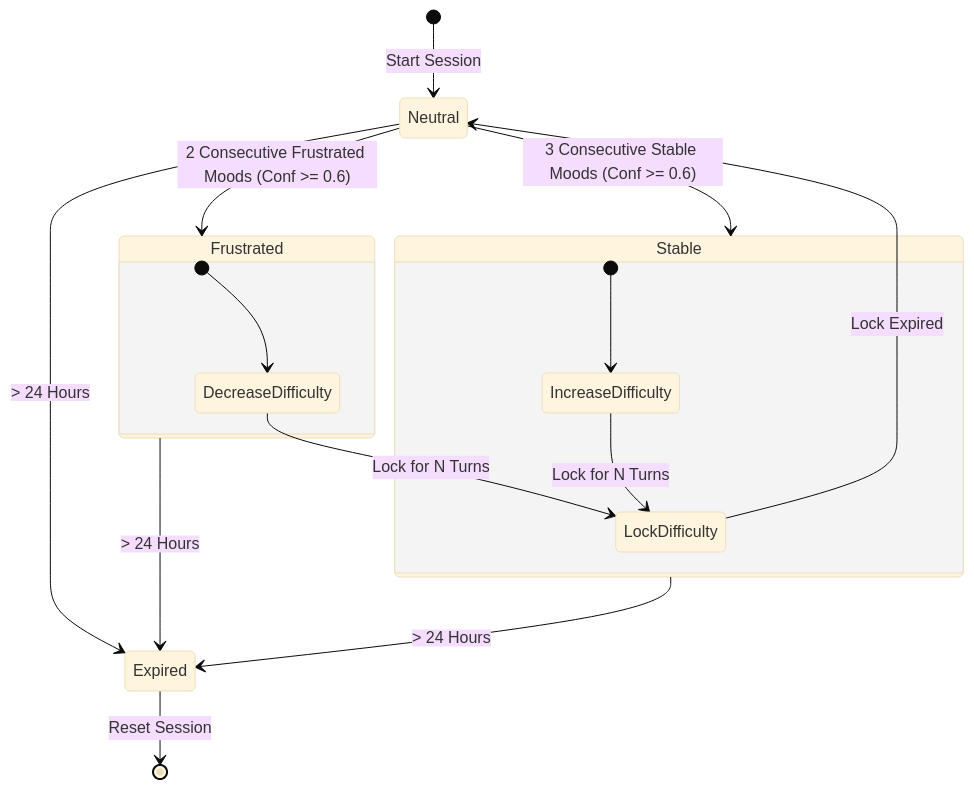
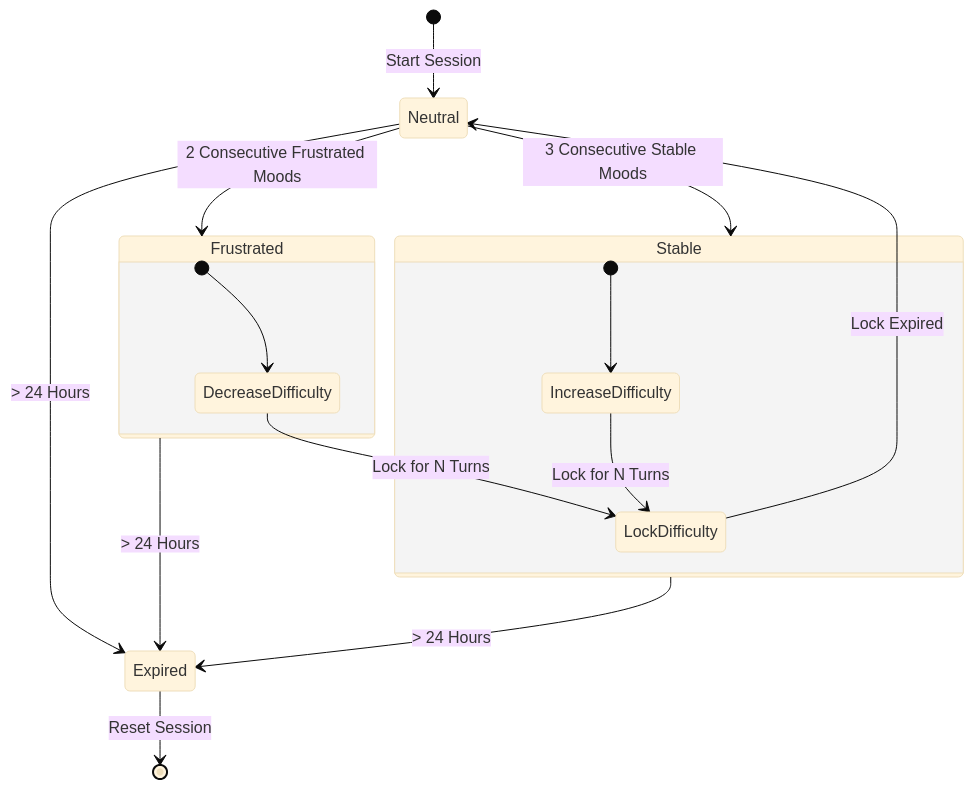
One commit to deepanmpc/LaRa changed the third of 10 diagrams in ARCHITECTURE.md. Above: the diagram before and after it, drawn with Mermaid (base theme). The commit also changed other lines of this file, not shown here.

Commit message:
refactor: simplify Mermaid diagrams by removing styling classes and cleaning up node labels

````diff
--- a/ARCHITECTURE.md
+++ b/ARCHITECTURE.md
@@ -54,25 +45,25 @@
 ```mermaid
 stateDiagram-v2
     [*] --> Neutral : Start Session
     
-    Neutral --> Frustrated : 2 Consecutive Frustrated Moods (Conf >= 0.6)
-    Neutral --> Stable : 3 Consecutive Stable Moods (Conf >= 0.6)
+    Neutral --> Frustrated : 2 Consecutive Frustrated Moods
+    Neutral --> Stable : 3 Consecutive Stable Moods
     
     state Frustrated {
         [*] --> DecreaseDifficulty
         DecreaseDifficulty --> LockDifficulty : Lock for N Turns
     }
     
     state Stable {
         [*] --> IncreaseDifficulty
         IncreaseDifficulty --> LockDifficulty : Lock for N Turns
     }
     
     LockDifficulty --> Neutral : Lock Expired
     
     Frustrated --> Expired : > 24 Hours
     Stable --> Expired : > 24 Hours
     Neutral --> Expired : > 24 Hours
     
     Expired --> [*] : Reset Session
 ```
````
